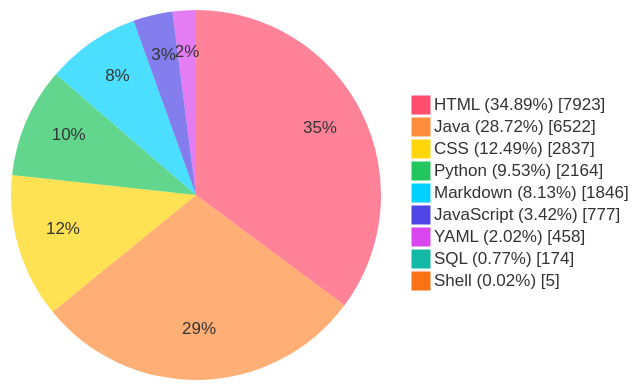
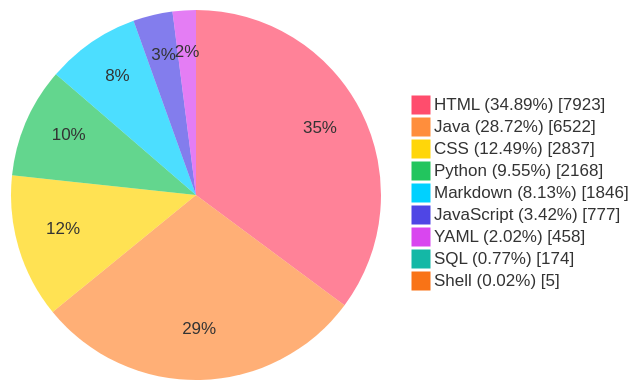
The diagram in README.md (TheBadRoger/BUCT-Teaching-Aids), drawn with Mermaid before and after one commit. The commit also changed other lines of this file and 3 other files, not shown here.

````diff
--- a/README.md
+++ b/README.md
@@ -41,28 +41,28 @@
 ```mermaid
 %%{init: {'theme':'base','themeVariables': {
   'fontFamily': 'Fira Code, JetBrains Mono, Source Code Pro, Cascadia Code, Menlo, Consolas, monospace',
   'pieStrokeColor': 'transparent',
   'pieStrokeWidth': '0px',
   'pieOuterStrokeWidth': '0px',
   'pie1': '#FF4D6D',
   'pie2': '#FF8E3C',
   'pie3': '#FFD60A',
   'pie4': '#22C55E',
   'pie5': '#00D1FF',
   'pie6': '#4F46E5',
   'pie7': '#D946EF',
   'pie8': '#14B8A6',
   'pie9': '#F97316',
   'pie10': '#A855F7'
 }}}%%
 pie showData
     "HTML (34.89%)" : 7923
     "Java (28.72%)" : 6522
     "CSS (12.49%)" : 2837
-    "Python (9.53%)" : 2164
+    "Python (9.55%)" : 2168
     "Markdown (8.13%)" : 1846
     "JavaScript (3.42%)" : 777
     "YAML (2.02%)" : 458
     "SQL (0.77%)" : 174
     "Shell (0.02%)" : 5
 ```
````
